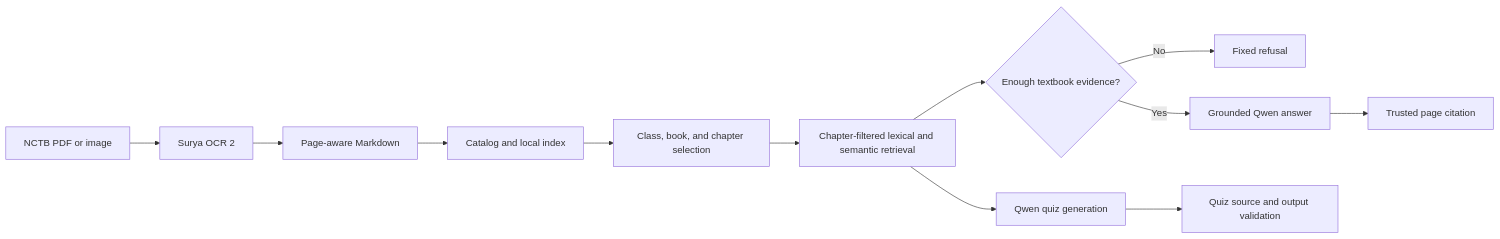
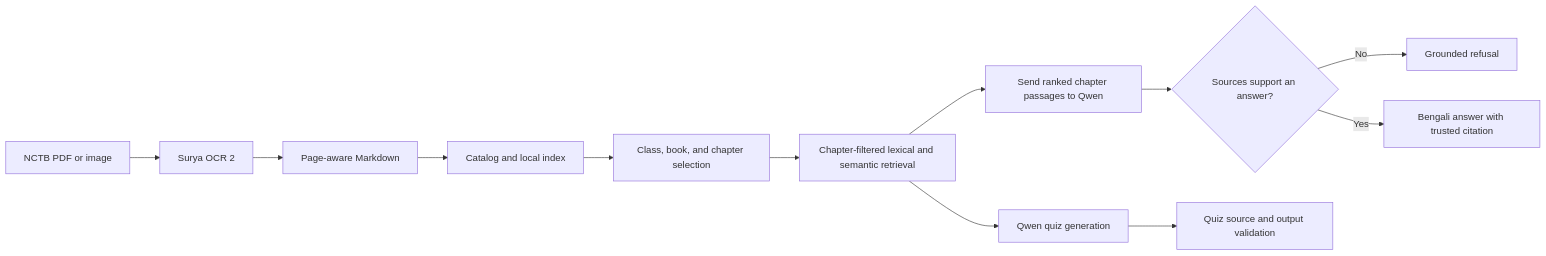
The diagram in README.md (ashad-abir/Bangla-Notebook-LLM), drawn with Mermaid before and after one commit. The commit also changed other lines of this file and 23 other files, not shown here.

````diff
--- a/README.md
+++ b/README.md
@@ -22,14 +22,14 @@
 ```mermaid
 flowchart LR
     A[NCTB PDF or image] --> B[Surya OCR 2]
     B --> C[Page-aware Markdown]
     C --> D[Catalog and local index]
     D --> E[Class, book, and chapter selection]
     E --> F[Chapter-filtered lexical and semantic retrieval]
-    F --> G{Enough textbook evidence?}
-    G -- No --> H[Fixed refusal]
-    G -- Yes --> I[Grounded Qwen answer]
-    I --> J[Trusted page citation]
+    F --> G[Send ranked chapter passages to Qwen]
+    G --> H{Sources support an answer?}
+    H -- No --> I[Grounded refusal]
+    H -- Yes --> J[Bengali answer with trusted citation]
     F --> K[Qwen quiz generation]
     K --> L[Quiz source and output validation]
 ```
````
